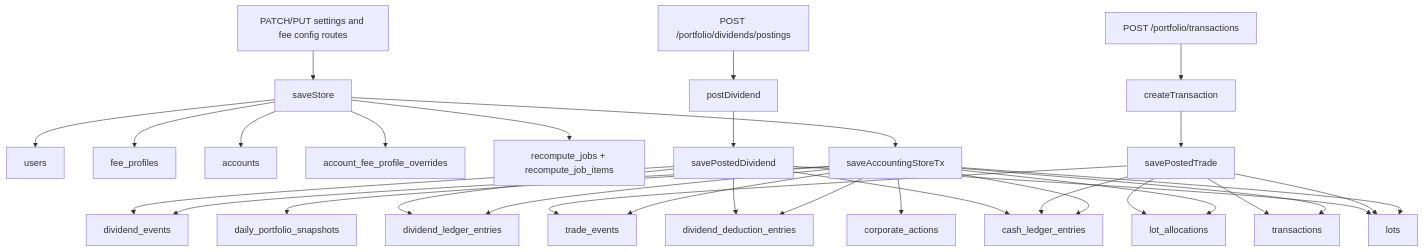
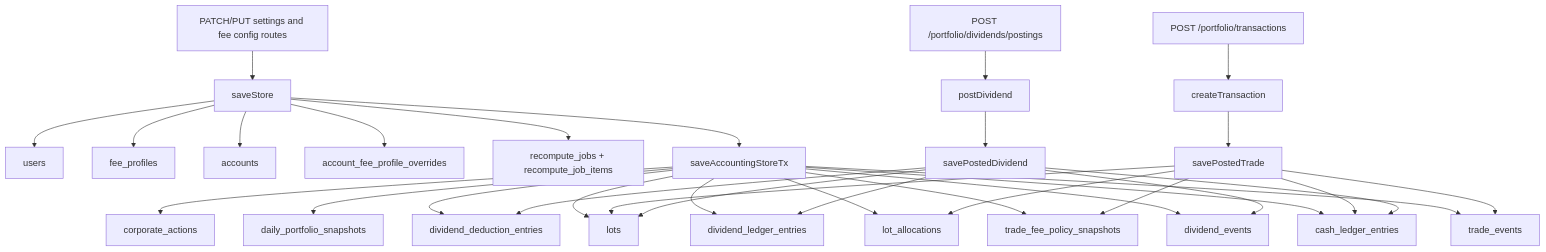
Before and after one commit to kzokv/tw-portfolio: the second of 5 diagrams in docs/backend-db-api-architecture-dossier.md, drawn with Mermaid. The commit also changed other lines of this file and 13 other files, not shown here.

````diff
--- a/docs/backend-db-api-architecture-dossier.md
+++ b/docs/backend-db-api-architecture-dossier.md
@@ -745,36 +751,36 @@
 ```mermaid
 flowchart TD
   A[PATCH/PUT settings and fee config routes] --> B[saveStore]
   B --> C[users]
   B --> D[fee_profiles]
   B --> E[accounts]
   B --> F[account_fee_profile_overrides]
   B --> G[recompute_jobs + recompute_job_items]
   B --> H[saveAccountingStoreTx]
   H --> I[trade_events]
   H --> J[cash_ledger_entries]
   H --> K[dividend_events]
   H --> L[dividend_ledger_entries]
   H --> M[dividend_deduction_entries]
   H --> N[lot_allocations]
   H --> O[daily_portfolio_snapshots]
-  H --> P[transactions]
+  H --> P[trade_fee_policy_snapshots]
   H --> Q[lots]
   H --> R[corporate_actions]
 
   S[POST /portfolio/transactions] --> T[createTransaction]
   T --> U[savePostedTrade]
+  U --> P
   U --> I
   U --> J
-  U --> P
   U --> N
   U --> Q
 
   V[POST /portfolio/dividends/postings] --> W[postDividend]
   W --> X[savePostedDividend]
   X --> K
   X --> L
   X --> M
   X --> J
   X --> Q
 ```
````
